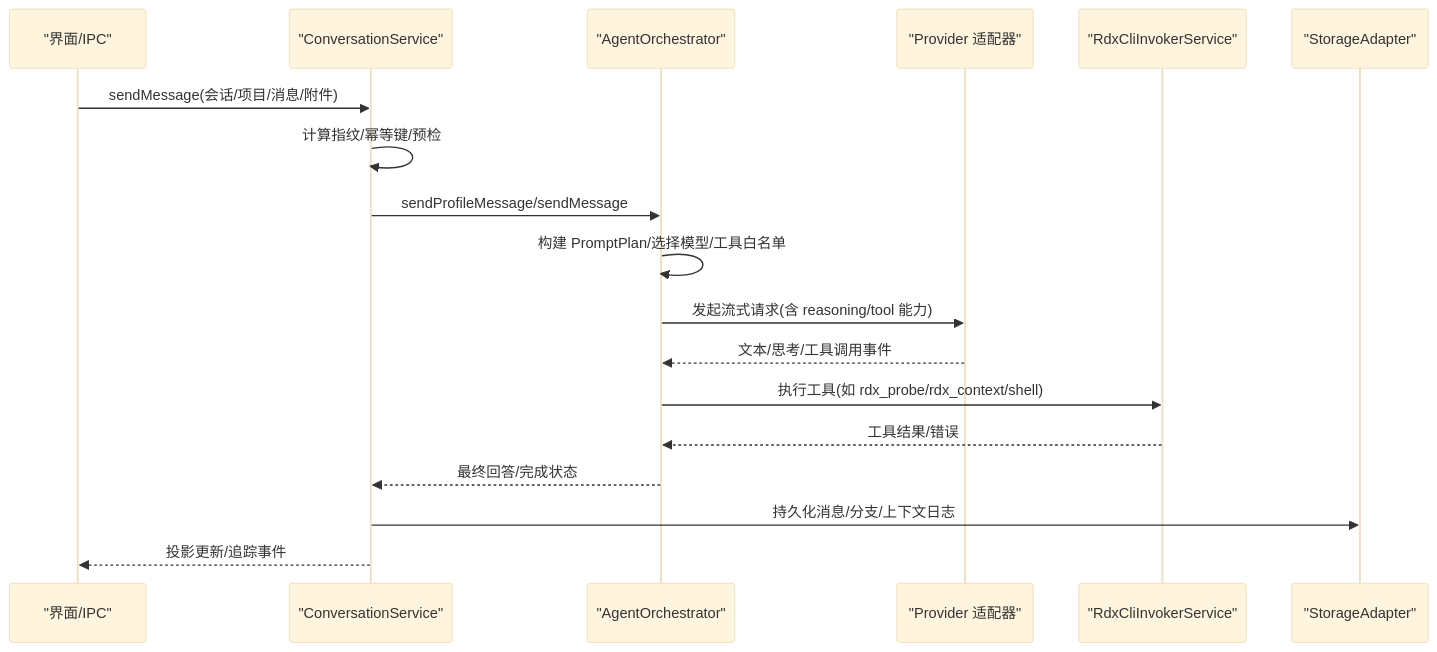
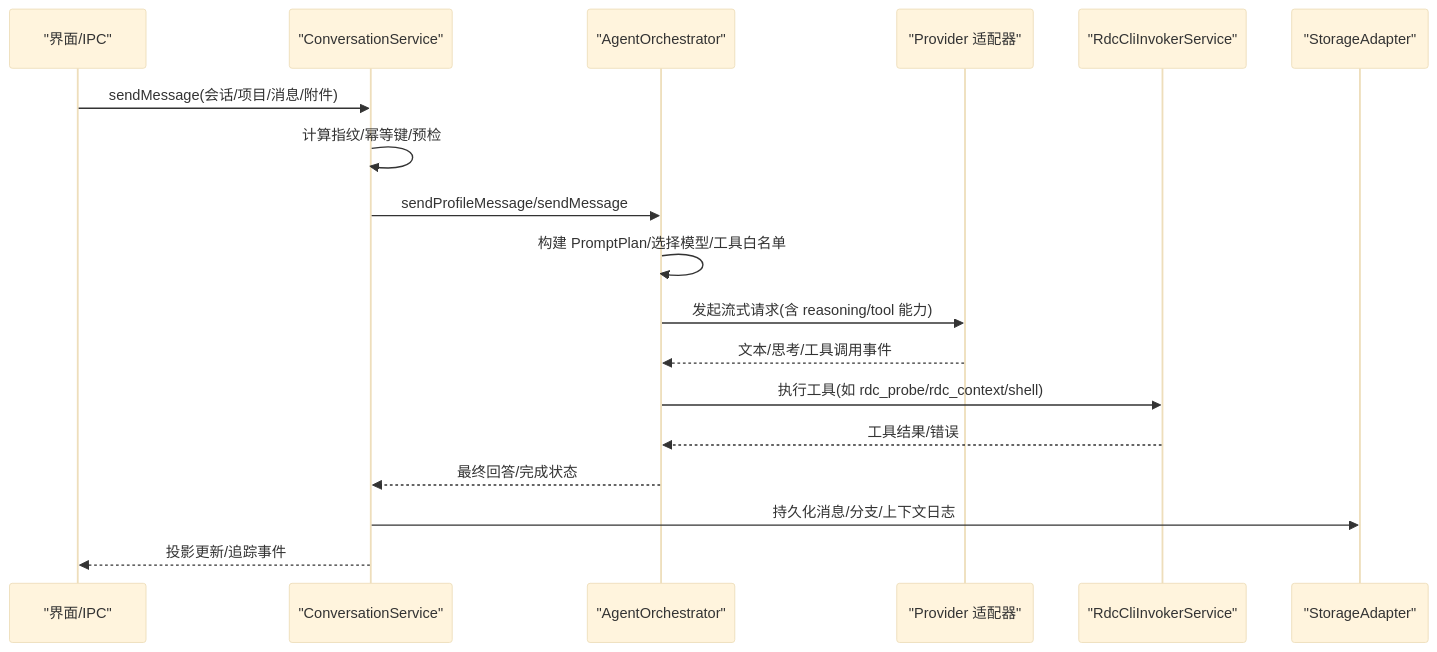
The second of 8 diagrams in .qoder/repowiki/zh/content/核心模块/核心模块.md (haolange/RDC-Agent), drawn with Mermaid (base theme) before and after one commit. The commit also changed other lines of this file and 557 other files, not shown here.

First line of the commit message:
Unify RDC-Agent identity and canonical RDC-Tool integration

````diff
--- a/.qoder/repowiki/zh/content/核心模块/核心模块.md
+++ b/.qoder/repowiki/zh/content/核心模块/核心模块.md
@@ -76,20 +76,20 @@
 ```mermaid
 sequenceDiagram
 participant UI as "界面/IPC"
 participant Conv as "ConversationService"
 participant Orch as "AgentOrchestrator"
 participant Prov as "Provider 适配器"
-participant Tool as "RdxCliInvokerService"
+participant Tool as "RdcCliInvokerService"
 participant Store as "StorageAdapter"
 UI->>Conv : sendMessage(会话/项目/消息/附件)
 Conv->>Conv : 计算指纹/幂等键/预检
 Conv->>Orch : sendProfileMessage/sendMessage
 Orch->>Orch : 构建 PromptPlan/选择模型/工具白名单
 Orch->>Prov : 发起流式请求(含 reasoning/tool 能力)
 Prov-->>Orch : 文本/思考/工具调用事件
-Orch->>Tool : 执行工具(如 rdx_probe/rdx_context/shell)
+Orch->>Tool : 执行工具(如 rdc_probe/rdc_context/shell)
 Tool-->>Orch : 工具结果/错误
 Orch-->>Conv : 最终回答/完成状态
 Conv->>Store : 持久化消息/分支/上下文日志
 Conv-->>UI : 投影更新/追踪事件
 ```
````
